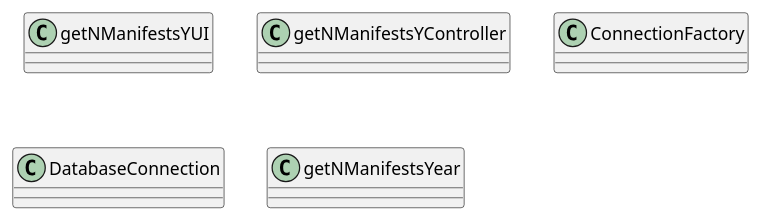
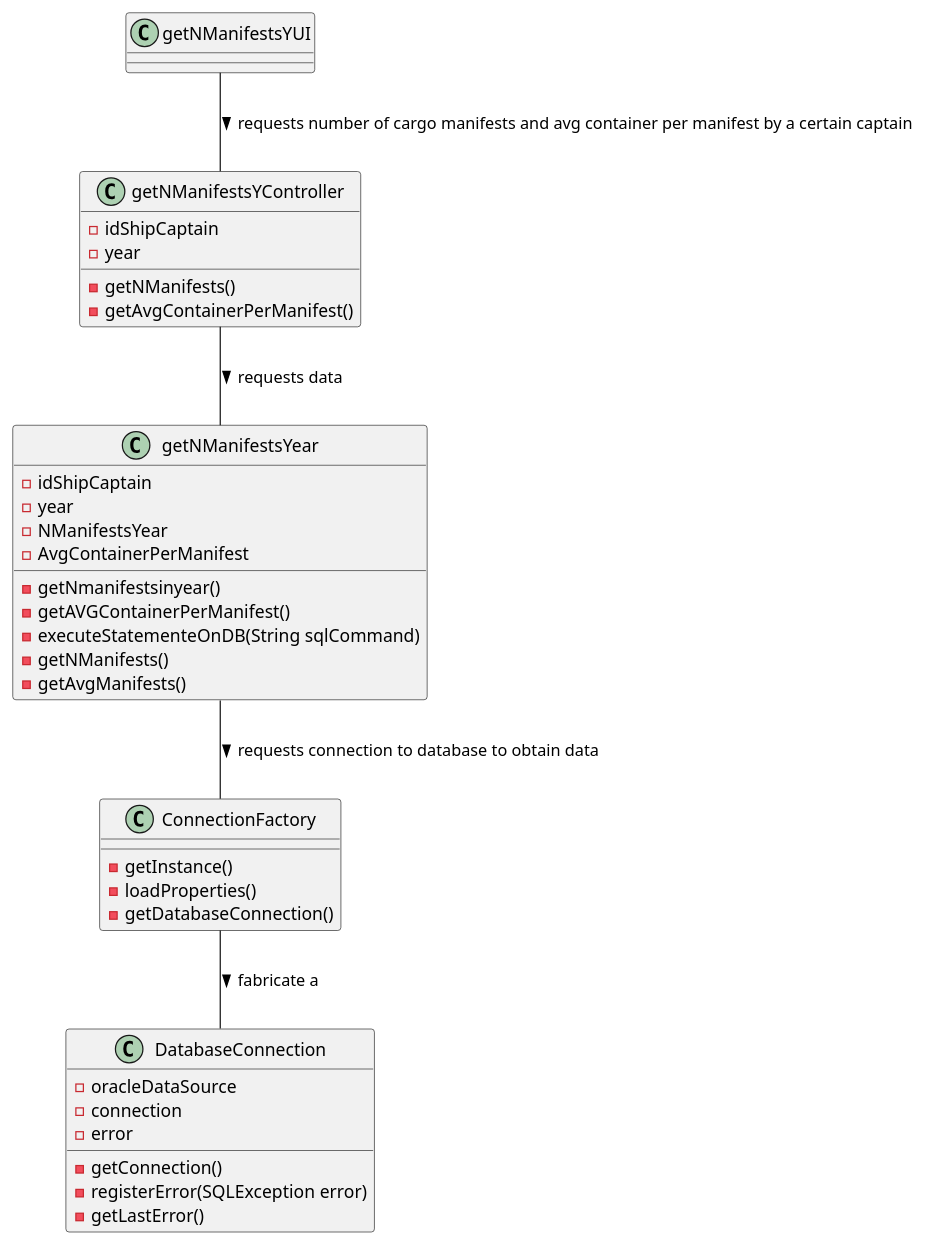
The diagram in docs/Sprint2/US207/cd.puml (mpoboas/lapr3-2021-g102), drawn with PlantUML before and after one commit. The commit also changed 4 other files, not shown here.

```diff
--- a/docs/Sprint2/US207/cd.puml
+++ b/docs/Sprint2/US207/cd.puml
@@ -1,12 +1,39 @@
 @startuml
 class getNManifestsYUI{
 }
 class getNManifestsYController{
+-idShipCaptain
+-year
+-getNManifests()
+-getAvgContainerPerManifest()
 }
 class ConnectionFactory{
+-getInstance()
+-loadProperties()
+-getDatabaseConnection()
+
 }
 class DatabaseConnection{
+-oracleDataSource
+-connection
+-error
+-getConnection()
+-registerError(SQLException error)
+-getLastError()
 }
 class getNManifestsYear{
+-idShipCaptain
+-year
+-NManifestsYear
+-AvgContainerPerManifest
+-getNmanifestsinyear()
+-getAVGContainerPerManifest()
+-executeStatementeOnDB(String sqlCommand)
+-getNManifests()
+-getAvgManifests()
 }
+getNManifestsYUI -- getNManifestsYController : requests number of cargo manifests and avg container per manifest by a certain captain >
+getNManifestsYController -- getNManifestsYear : requests data >
+getNManifestsYear -- ConnectionFactory : requests connection to database to obtain data >
+ConnectionFactory -- DatabaseConnection : fabricate a >
 @enduml
```
